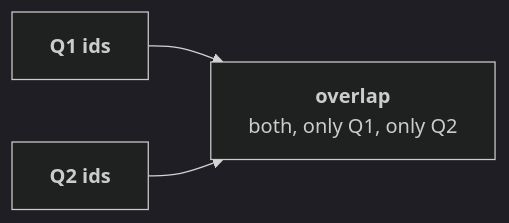
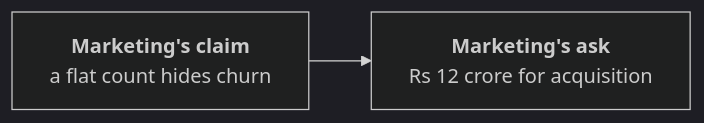
The diagram in content/W01/D2/exercises/unguided/C2_W01_D02_ch5_marketings_hypothesis_STUDENT.md (fde-academy-lab/c2-content-factory), drawn with Mermaid (dark theme) before and after one commit. The commit also changed other lines of this file and 21 other files, not shown here.

````diff
--- a/content/W01/D2/exercises/unguided/C2_W01_D02_ch5_marketings_hypothesis_STUDENT.md
+++ b/content/W01/D2/exercises/unguided/C2_W01_D02_ch5_marketings_hypothesis_STUDENT.md
@@ -26,5 +26,4 @@
 ```mermaid
 flowchart LR
-    A["<b>Q1 ids</b>"] --> O["<b>overlap</b><br/>both, only Q1, only Q2"]
-    B["<b>Q2 ids</b>"] --> O
+    A["<b>Marketing's claim</b><br/>a flat count hides churn"] --> B["<b>Marketing's ask</b><br/>Rs 12 crore for acquisition"]
 ```
````
